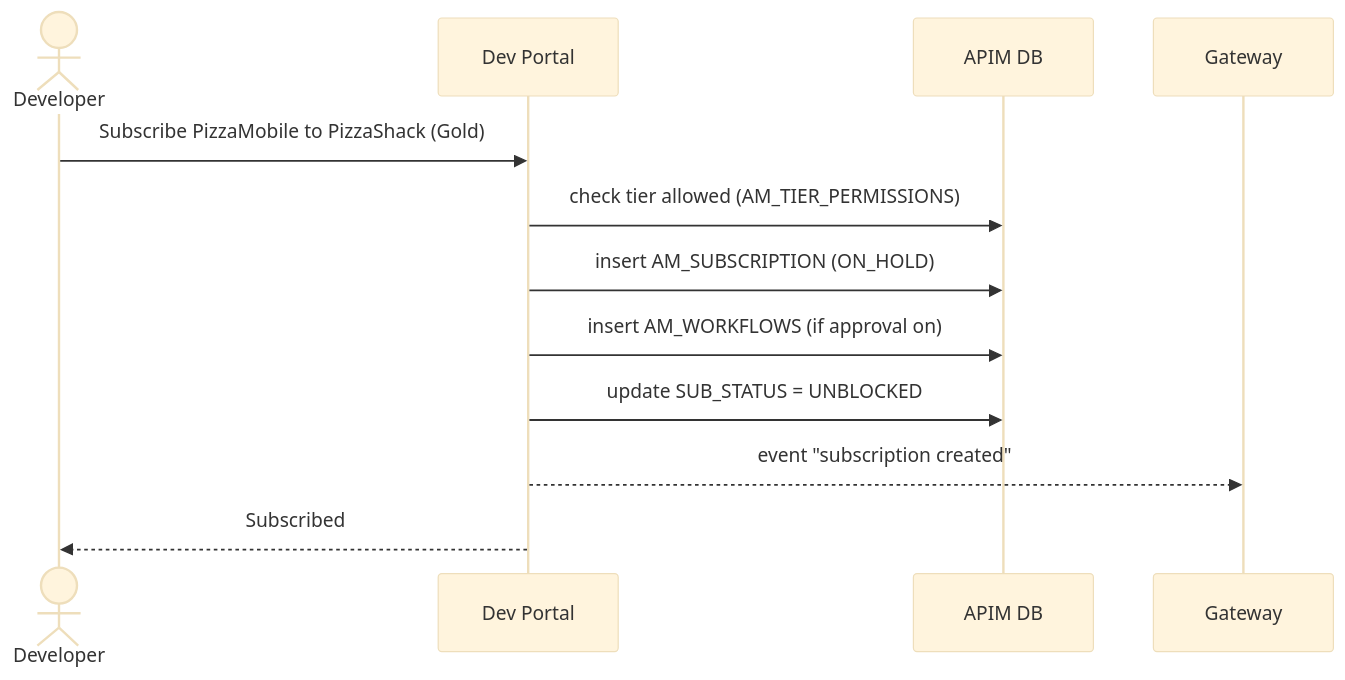
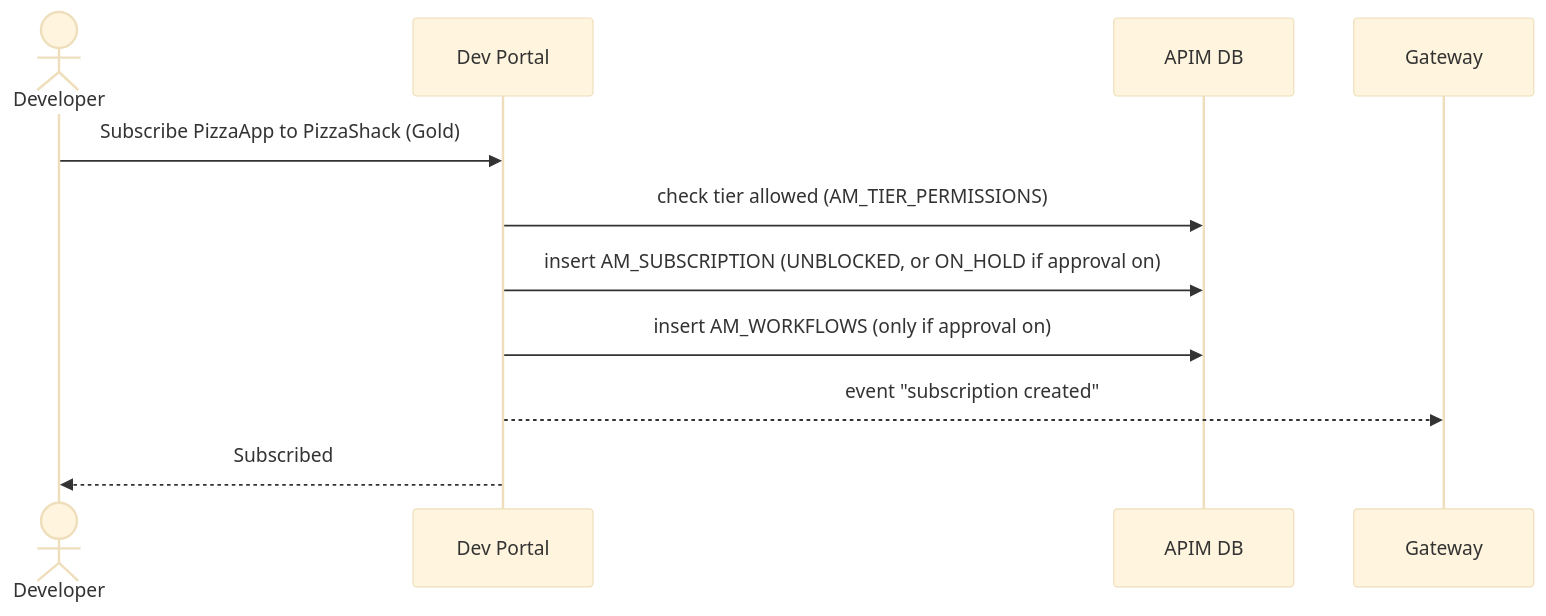
Before and after one commit to SaviNimz/apim-db-docs: the second of 2 diagrams in docs/apim-4/flows/08-subscribe.md, drawn with Mermaid (base theme). The commit also changed other lines of this file and 55 other files, not shown here.

First line of the commit message:
Verify all core flows against running 3.2.0 and 4.7.0 servers

````diff
--- a/docs/apim-4/flows/08-subscribe.md
+++ b/docs/apim-4/flows/08-subscribe.md
@@ -24,14 +27,13 @@
 ```mermaid
 sequenceDiagram
     actor Dev as Developer
     participant Portal as Dev Portal
     participant DB as APIM DB
     participant GW as Gateway
-    Dev->>Portal: Subscribe PizzaMobile to PizzaShack (Gold)
+    Dev->>Portal: Subscribe PizzaApp to PizzaShack (Gold)
     Portal->>DB: check tier allowed (AM_TIER_PERMISSIONS)
-    Portal->>DB: insert AM_SUBSCRIPTION (ON_HOLD)
-    Portal->>DB: insert AM_WORKFLOWS (if approval on)
-    Portal->>DB: update SUB_STATUS = UNBLOCKED
+    Portal->>DB: insert AM_SUBSCRIPTION (UNBLOCKED, or ON_HOLD if approval on)
+    Portal->>DB: insert AM_WORKFLOWS (only if approval on)
     Portal-->>GW: event "subscription created"
     Portal-->>Dev: Subscribed
 ```
````
